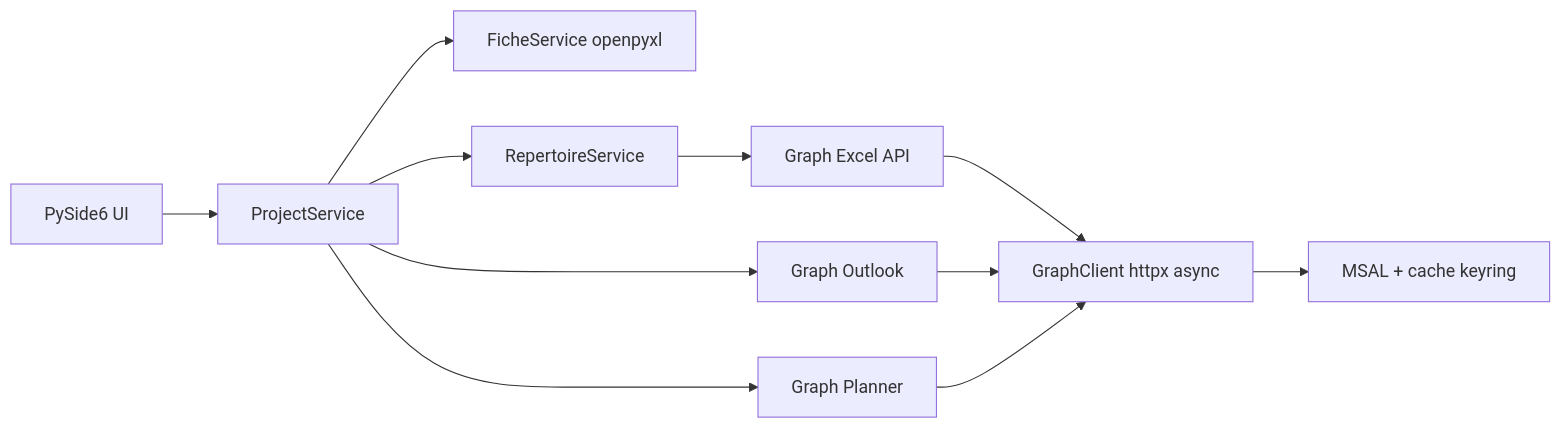
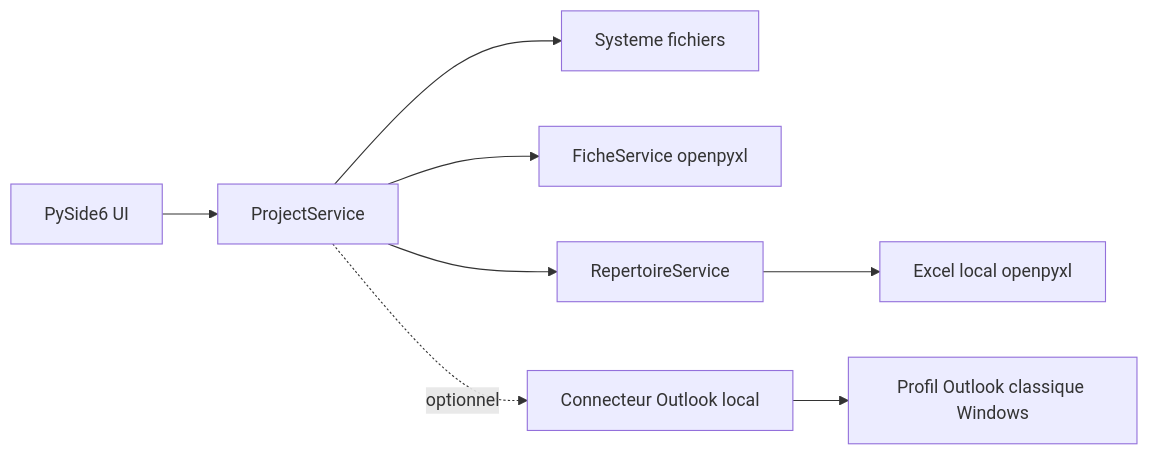
Before and after one commit to LionelMds/projectflow-automator: the first of 4 diagrams in docs/architecture.md, drawn with Mermaid. The commit also changed other lines of this file and 51 other files, not shown here.

````diff
--- a/docs/architecture.md
+++ b/docs/architecture.md
@@ -5,13 +5,10 @@
 ```mermaid
 flowchart LR
   UI["PySide6 UI"] --> Service["ProjectService"]
+  Service --> FS["Systeme fichiers"]
   Service --> Fiche["FicheService openpyxl"]
   Service --> Repertoire["RepertoireService"]
-  Repertoire --> Excel["Graph Excel API"]
-  Service --> Outlook["Graph Outlook"]
-  Service --> Planner["Graph Planner"]
-  Excel --> Graph["GraphClient httpx async"]
-  Outlook --> Graph
-  Planner --> Graph
-  Graph --> Auth["MSAL + cache keyring"]
+  Repertoire --> Excel["Excel local openpyxl"]
+  Service -. optionnel .-> Outlook["Connecteur Outlook local"]
+  Outlook --> WinOutlook["Profil Outlook classique Windows"]
 ```
````
